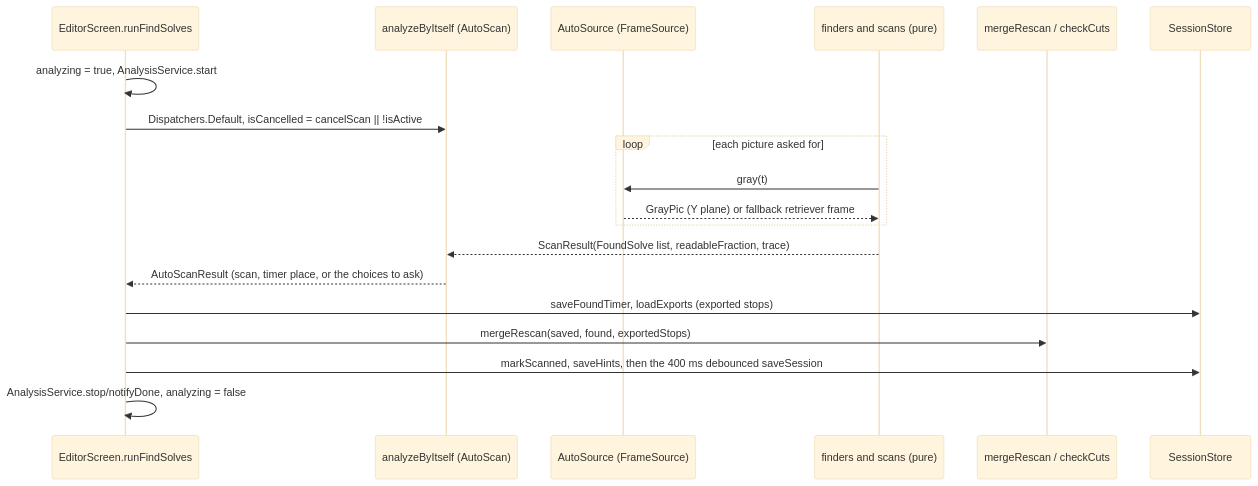
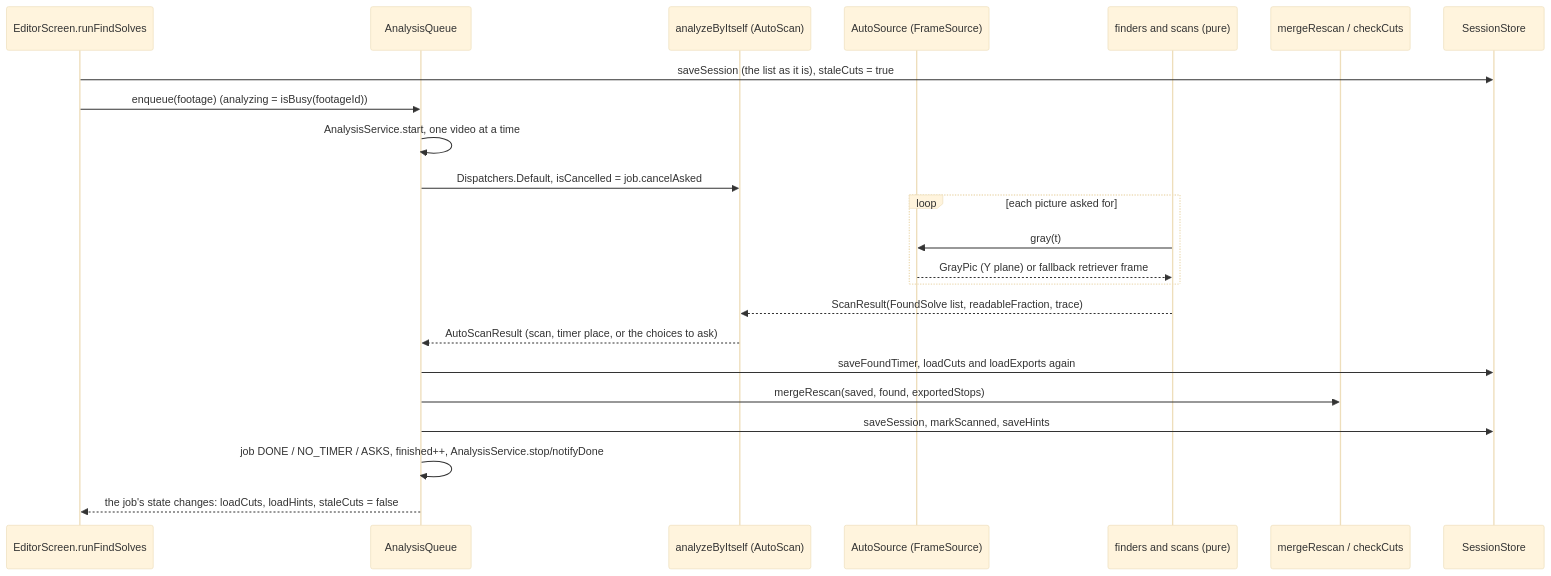
The fourth of 5 diagrams in ARCHITECTURE.md (justinihil/CubeCut), drawn with Mermaid (base theme) before and after one commit. The commit also changed other lines of this file and 14 other files, not shown here.

First line of the commit message:
feat(scan): run Find solves in an app-wide background queue (4.0-B)

````diff
--- a/ARCHITECTURE.md
+++ b/ARCHITECTURE.md
@@ -82,21 +84,25 @@
 ```mermaid
 sequenceDiagram
   participant E as EditorScreen.runFindSolves
+  participant Q as AnalysisQueue
   participant A as analyzeByItself (AutoScan)
   participant F as AutoSource (FrameSource)
   participant P as finders and scans (pure)
   participant M as mergeRescan / checkCuts
   participant DB as SessionStore
-  E->>E: analyzing = true, AnalysisService.start
-  E->>A: Dispatchers.Default, isCancelled = cancelScan || !isActive
+  E->>DB: saveSession (the list as it is), staleCuts = true
+  E->>Q: enqueue(footage) (analyzing = isBusy(footageId))
+  Q->>Q: AnalysisService.start, one video at a time
+  Q->>A: Dispatchers.Default, isCancelled = job.cancelAsked
   loop each picture asked for
     P->>F: gray(t)
     F-->>P: GrayPic (Y plane) or fallback retriever frame
   end
   P-->>A: ScanResult(FoundSolve list, readableFraction, trace)
-  A-->>E: AutoScanResult (scan, timer place, or the choices to ask)
-  E->>DB: saveFoundTimer, loadExports (exported stops)
-  E->>M: mergeRescan(saved, found, exportedStops)
-  E->>DB: markScanned, saveHints, then the 400 ms debounced saveSession
-  E->>E: AnalysisService.stop/notifyDone, analyzing = false
+  A-->>Q: AutoScanResult (scan, timer place, or the choices to ask)
+  Q->>DB: saveFoundTimer, loadCuts and loadExports again
+  Q->>M: mergeRescan(saved, found, exportedStops)
+  Q->>DB: saveSession, markScanned, saveHints
+  Q->>Q: job DONE / NO_TIMER / ASKS, finished++, AnalysisService.stop/notifyDone
+  Q-->>E: the job's state changes: loadCuts, loadHints, staleCuts = false
 ```
````
